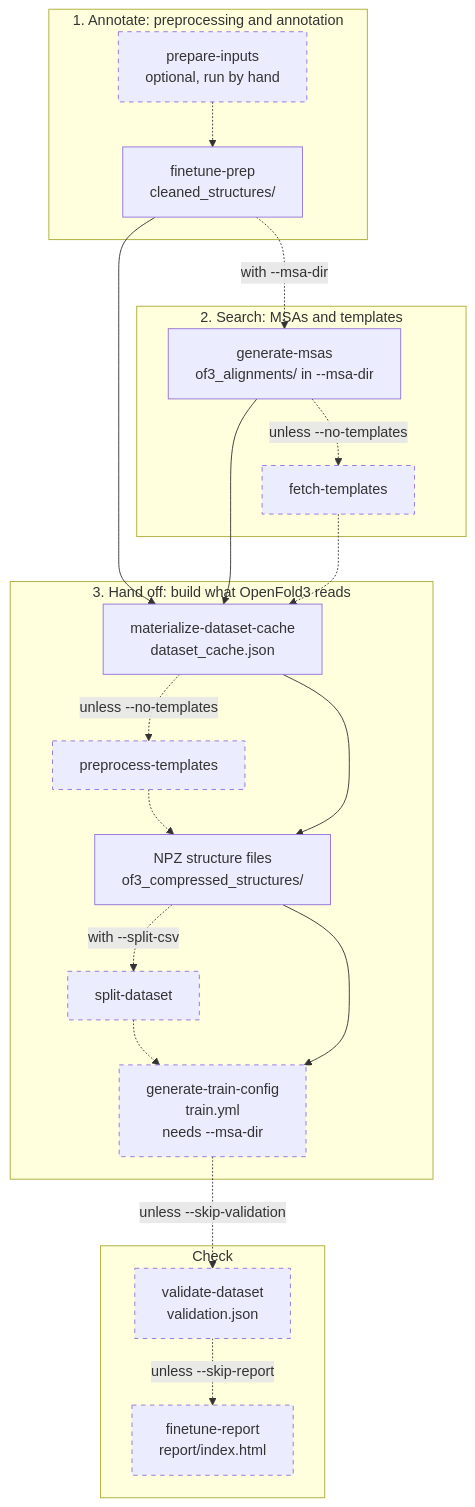
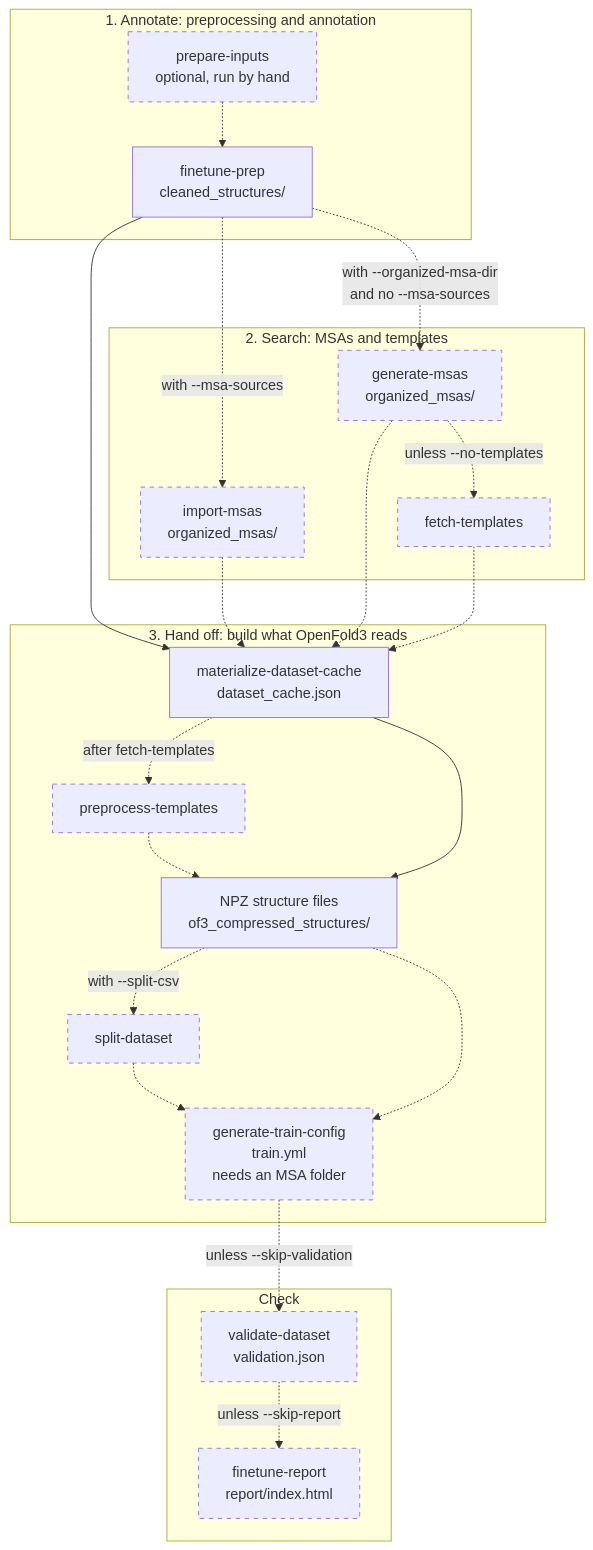
The diagram in docs/source/explanation/how-it-works.md (OpenFoldConsortium/atomworks-openfold3-finetune-pipeline), drawn with Mermaid before and after one commit. The commit also changed other lines of this file and 2 other files, not shown here.

Commit message:
Install sphinxcontrib-mermaid on Read the Docs; follow main's MSA flags in the diagram
Read the Docs installs its docs dependencies with pip, not pixi, so the
mermaid extension was missing there. Add it to pre_install, with a floor
at the version pixi resolved (2.1.1), and use the same floor in pixi.toml.

The pipeline diagram now matches finetune_pipeline on main. Step 2 runs
import-msas with --msa-sources, or generate-msas with --organized-msa-dir
and no --msa-sources, or neither. --msa-sources skips the template
stages. generate-train-config runs whenever there is an MSA folder,
including an existing <output-dir>/organized_msas.

````diff
--- a/docs/source/explanation/how-it-works.md
+++ b/docs/source/explanation/how-it-works.md
@@ -9,43 +9,46 @@
 ```mermaid
 flowchart TD
     subgraph annotate["1. Annotate: preprocessing and annotation"]
         prepare["prepare-inputs<br/>optional, run by hand"]
         prep["finetune-prep<br/>cleaned_structures/"]
         prepare -.-> prep
     end
 
     subgraph search["2. Search: MSAs and templates"]
-        msas["generate-msas<br/>of3_alignments/ in --msa-dir"]
+        imported["import-msas<br/>organized_msas/"]
+        msas["generate-msas<br/>organized_msas/"]
         fetch["fetch-templates"]
         msas -. "unless --no-templates" .-> fetch
     end
 
     subgraph handoff["3. Hand off: build what OpenFold3 reads"]
         cache["materialize-dataset-cache<br/>dataset_cache.json"]
         pretemplates["preprocess-templates"]
         npz["NPZ structure files<br/>of3_compressed_structures/"]
         split["split-dataset"]
-        config["generate-train-config<br/>train.yml<br/>needs --msa-dir"]
-        cache -. "unless --no-templates" .-> pretemplates
+        config["generate-train-config<br/>train.yml<br/>needs an MSA folder"]
+        cache -. "after fetch-templates" .-> pretemplates
         pretemplates -.-> npz
         cache --> npz
         npz -. "with --split-csv" .-> split
         split -.-> config
-        npz --> config
+        npz -.-> config
     end
 
     subgraph check["Check"]
         validate["validate-dataset<br/>validation.json"]
         report["finetune-report<br/>report/index.html"]
         validate -. "unless --skip-report" .-> report
     end
 
-    prep -. "with --msa-dir" .-> msas
+    prep -. "with --msa-sources" .-> imported
+    prep -. "with --organized-msa-dir<br/>and no --msa-sources" .-> msas
     prep --> cache
-    msas --> cache
+    imported -.-> cache
+    msas -.-> cache
     fetch -.-> cache
     config -. "unless --skip-validation" .-> validate
 
     classDef optional stroke-dasharray: 5 5
-    class prepare,fetch,pretemplates,split,config,validate,report optional
+    class prepare,imported,msas,fetch,pretemplates,split,config,validate,report optional
 ```
````
